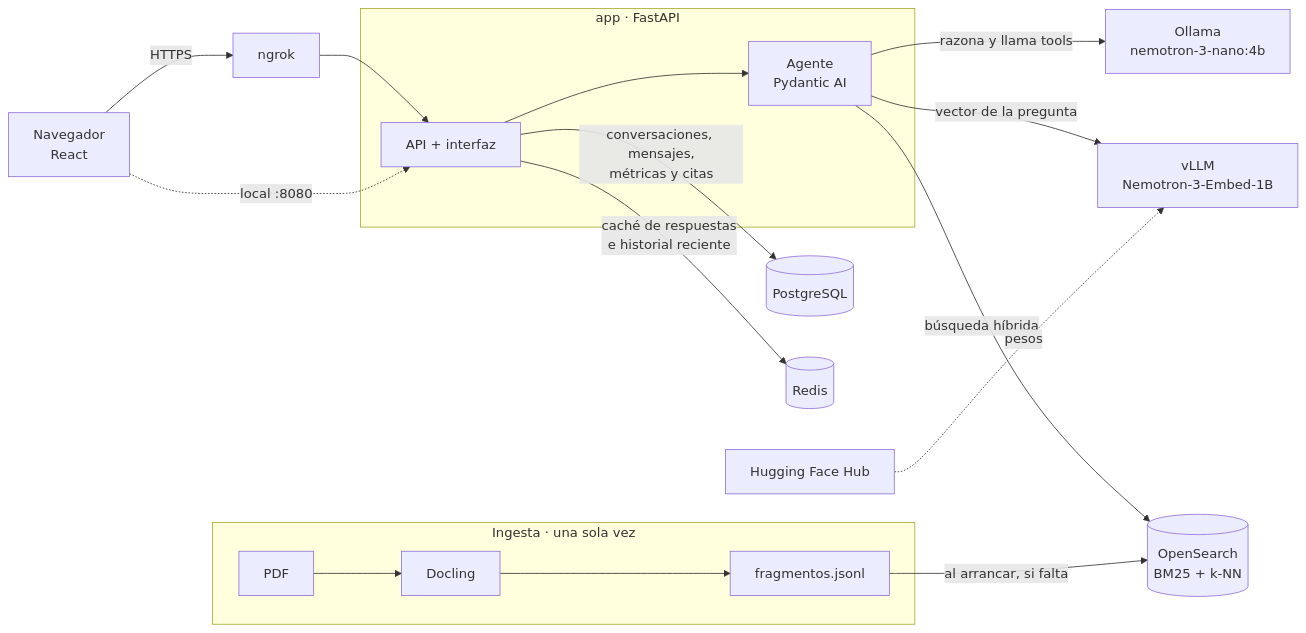
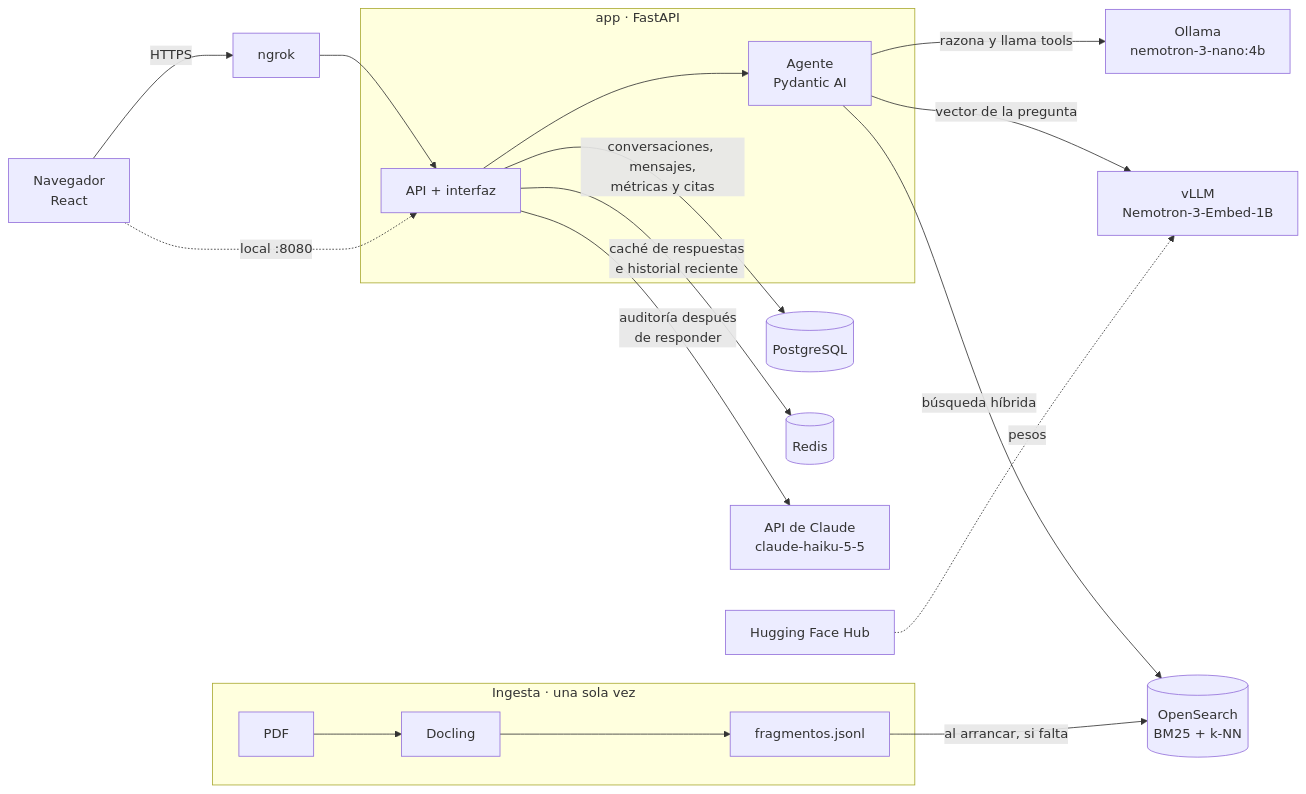
The first of 2 diagrams in README.md (mcardenas3/agente-academico), drawn with Mermaid before and after one commit. The commit also changed other lines of this file and 16 other files, not shown here.

First line of the commit message:
Agrega el auditor de respuestas con la API de Claude

````diff
--- a/README.md
+++ b/README.md
@@ -29,19 +30,20 @@
 ```mermaid
 flowchart LR
     U[Navegador<br/>React] -->|HTTPS| N[ngrok]
     N --> A
     U -. local :8080 .-> A
     subgraph app [app · FastAPI]
         A[API + interfaz] --> G[Agente<br/>Pydantic AI]
     end
     G -->|razona y llama tools| O[Ollama<br/>nemotron-3-nano:4b]
     G -->|vector de la pregunta| V[vLLM<br/>Nemotron-3-Embed-1B]
     G -->|búsqueda híbrida| S[(OpenSearch<br/>BM25 + k-NN)]
     A -->|conversaciones, mensajes,<br/>métricas y citas| P[(PostgreSQL)]
     A -->|caché de respuestas<br/>e historial reciente| R[(Redis)]
+    A -->|auditoría después<br/>de responder| C[API de Claude<br/>claude-haiku-5-5]
     H[Hugging Face Hub] -. pesos .-> V
     subgraph ingesta [Ingesta · una sola vez]
         PDF[PDF] --> D[Docling] --> F[fragmentos.jsonl]
     end
     F -->|al arrancar, si falta| S
 ```
````
